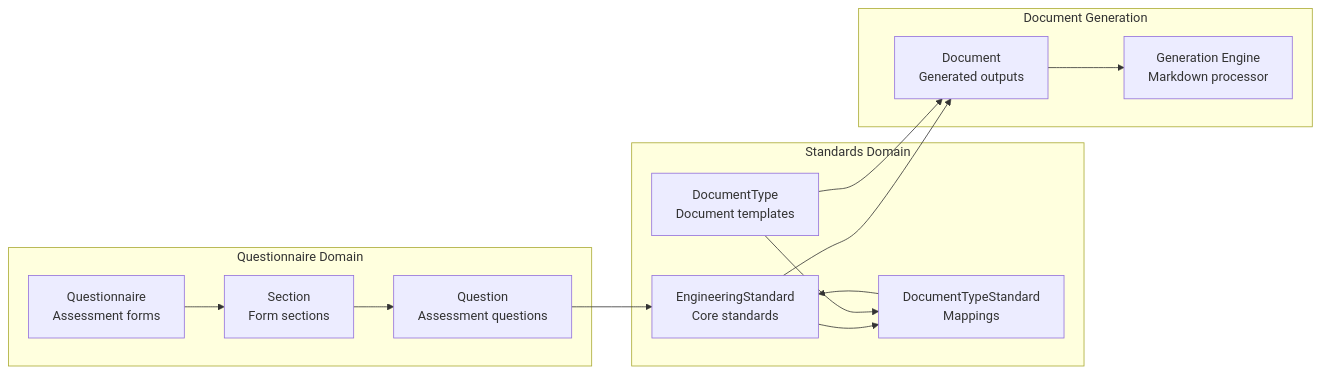
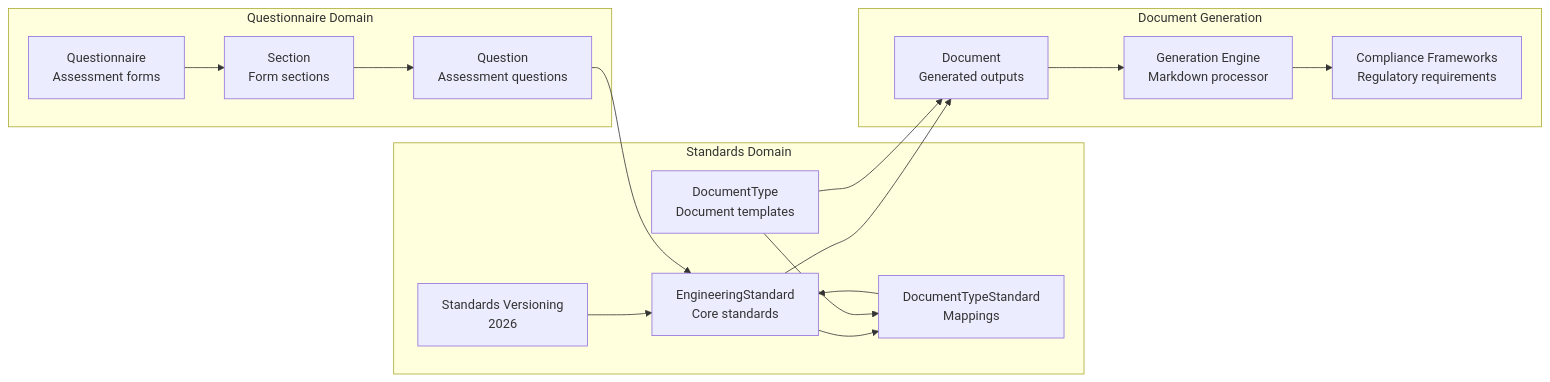
The third of 8 diagrams in .qoder/repowiki/en/content/Core Modules/Standards Module.md (Avi-Bendetsky/Quiz-to-build), drawn with Mermaid before and after one commit. The commit also changed other lines of this file and 41 other files, not shown here.

````diff
--- a/.qoder/repowiki/en/content/Core Modules/Standards Module.md
+++ b/.qoder/repowiki/en/content/Core Modules/Standards Module.md
@@ -135,26 +135,30 @@
 ```mermaid
 graph LR
 subgraph "Standards Domain"
 ES["EngineeringStandard<br/>Core standards"]
 DTS["DocumentTypeStandard<br/>Mappings"]
 DT["DocumentType<br/>Document templates"]
+STD["Standards Versioning<br/>2026"]
 end
 subgraph "Questionnaire Domain"
 Q["Questionnaire<br/>Assessment forms"]
 S["Section<br/>Form sections"]
 Ques["Question<br/>Assessment questions"]
 end
 subgraph "Document Generation"
 Doc["Document<br/>Generated outputs"]
 Gen["Generation Engine<br/>Markdown processor"]
+Comp["Compliance Frameworks<br/>Regulatory requirements"]
 end
 ES --> DTS
 DT --> DTS
 DTS --> ES
+STD --> ES
 Q --> S
 S --> Ques
 Ques --> ES
 ES --> Doc
 DT --> Doc
 Doc --> Gen
+Gen --> Comp
 ```
````
